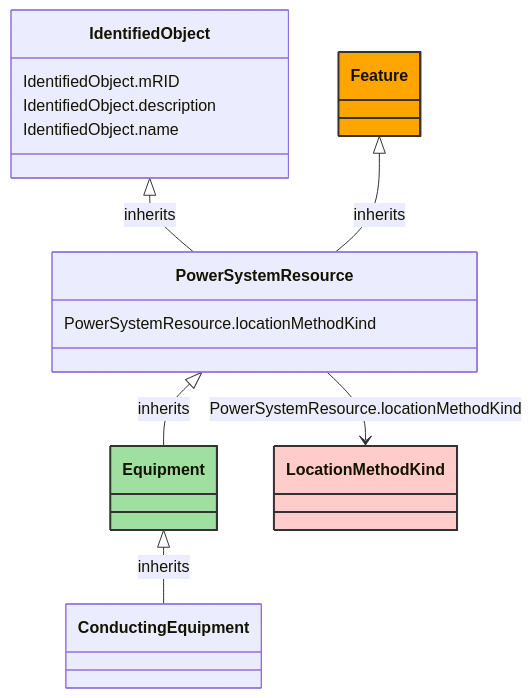
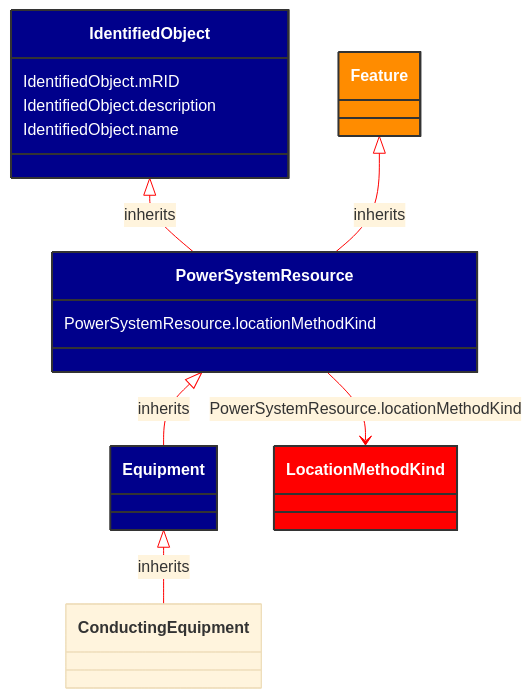
One commit to 3lbits/NoCIMExtensions changed the diagram in docs/Models/Profiles/AviationObstacle/AbstractClasses/Equipment.md. Above: the diagram before and after it, drawn with Mermaid. The commit also changed 58 other files, not shown here.

````diff
--- a/docs/Models/Profiles/AviationObstacle/AbstractClasses/Equipment.md
+++ b/docs/Models/Profiles/AviationObstacle/AbstractClasses/Equipment.md
@@ -10,38 +10,39 @@
 ```mermaid
+%%{init: {'theme':'base','themeVariables': {'lineColor': '#FF0000'}}}%%
 classDiagram
     class Equipment
     click Equipment href "/Models/Profiles/AviationObstacle/AbstractClasses/Equipment/"
-    style Equipment fill:#9fdf9f,stroke:#333,stroke-width:2px,rx:10,ry:10
+    style Equipment fill:#006400,stroke:#333,stroke-width:2px,rx:10,ry:10,color:white
 
         Equipment <|-- ConductingEquipment : inherits
             click Equipment href "/Models/Profiles/AviationObstacle/AbstractClasses/Equipment/"
-            style Equipment rx:10,ry:10
+            style Equipment fill:#00008B,stroke:#333,stroke-width:2px,rx:10,ry:10,color:white
 
         ConductingEquipment
             click ConductingEquipment href "/Models/Profiles/AviationObstacle/AbstractClasses/ConductingEquipment/"
-            style ConductingEquipment rx:10,ry:10
+            style Equipment fill:#00008B,stroke:#333,stroke-width:2px,rx:10,ry:10,color:white
 
         PowerSystemResource <|-- Equipment : inherits
             click PowerSystemResource href "/Models/Profiles/AviationObstacle/AbstractClasses/PowerSystemResource/"
-            style PowerSystemResource rx:10,ry:10
+            style PowerSystemResource fill:#00008B,stroke:#333,stroke-width:2px,rx:10,ry:10,color:white
 
         IdentifiedObject <|-- PowerSystemResource : inherits
             click IdentifiedObject href "/Models/Profiles/AviationObstacle/AbstractClasses/IdentifiedObject/"
-            style IdentifiedObject rx:10,ry:10
+            style IdentifiedObject fill:#00008B,stroke:#333,stroke-width:2px,rx:10,ry:10,color:white
 
         Feature <|-- PowerSystemResource : inherits
             click Feature href "/Models/Profiles/AviationObstacle/ConcreteClasses/Feature/"
-            style Feature fill:#FFA500,stroke:#333,stroke-width:2px,rx:10,ry:10
+            style Feature fill:#FF8C00,stroke:#333,stroke-width:2px,rx:10,ry:10,color:white
 
 
         PowerSystemResource --> LocationMethodKind : PowerSystemResource.locationMethodKind
 
         LocationMethodKind
             click LocationMethodKind href "/Models/Profiles/AviationObstacle/Enumerations/LocationMethodKind/"
-            style LocationMethodKind fill:#FFCCCB,stroke:#333,stroke-width:2px,rx:10,ry:10
+            style LocationMethodKind fill:#FF0000,stroke:#333,stroke-width:2px,rx:10,ry:10,color:white
 
         PowerSystemResource : PowerSystemResource.locationMethodKind
         IdentifiedObject : IdentifiedObject.mRID
         IdentifiedObject : IdentifiedObject.description
         IdentifiedObject : IdentifiedObject.name
 ```
````
